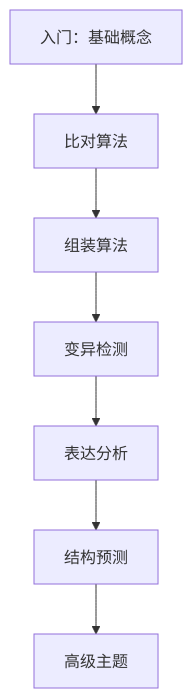
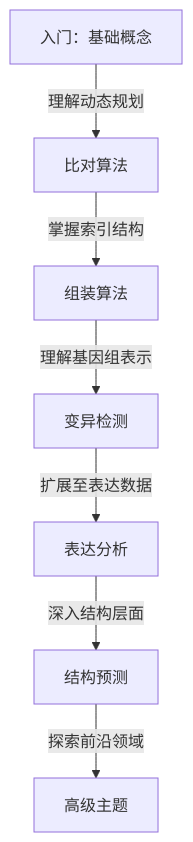
One commit to LessUp/awesome-bioinfo-algorithms changed the second of 2 diagrams in docs/zh/academy/index.md. Above: the diagram before and after it, drawn with Mermaid. The commit also changed other lines of this file and 1 other file, not shown here.

````diff
--- a/docs/zh/academy/index.md
+++ b/docs/zh/academy/index.md
@@ -46,9 +62,9 @@
 ```mermaid
 graph TD
-    A[入门：基础概念] --> B[比对算法]
-    B --> C[组装算法]
-    C --> D[变异检测]
-    D --> E[表达分析]
-    E --> F[结构预测]
-    F --> G[高级主题]
+    A[入门：基础概念] -->|理解动态规划| B[比对算法]
+    B -->|掌握索引结构| C[组装算法]
+    C -->|理解基因组表示| D[变异检测]
+    D -->|扩展至表达数据| E[表达分析]
+    E -->|深入结构层面| F[结构预测]
+    F -->|探索前沿领域| G[高级主题]
 ```
````
